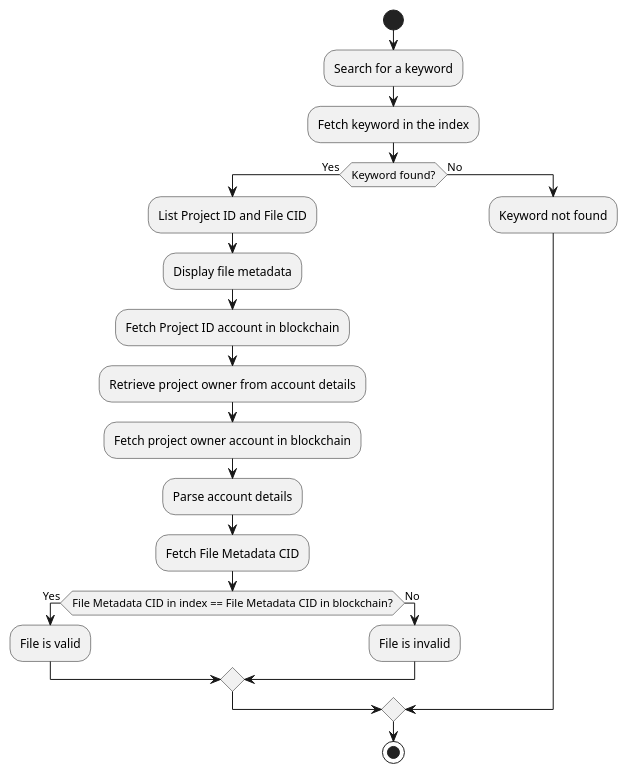
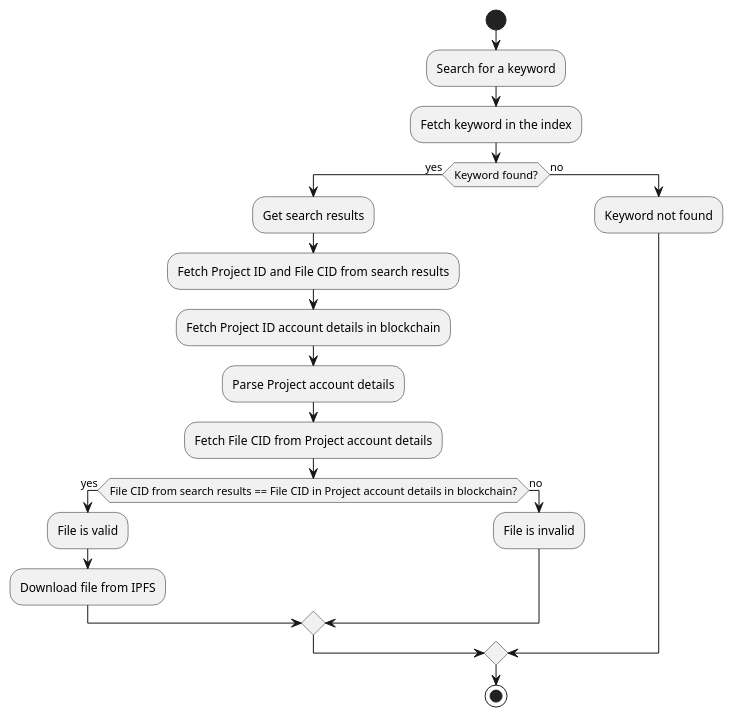
Before and after one commit to OliveiraEdu/d-OSP: the diagram in diagrams/plantUML/keyword_and_file_validation.wsd, drawn with PlantUML. The commit also changed 7 other files, not shown here.

Commit message:
1 - Latex editing 2 - PlantULM Diagrams editing 3 - Fixing iroha_helper.py get_account_details function.

```diff
--- a/diagrams/plantUML/keyword_and_file_validation.wsd
+++ b/diagrams/plantUML/keyword_and_file_validation.wsd
@@ -1,27 +1,26 @@
 @startuml
 start
 :Search for a keyword;
 :Fetch keyword in the index;
 
-if (Keyword found?) then (Yes)
-    :List Project ID and File CID;
-    :Display file metadata;
-    :Fetch Project ID account in blockchain;
-    :Retrieve project owner from account details;
-    :Fetch project owner account in blockchain;
+if (Keyword found?) then (yes)
+    :Get search results;
+    :Fetch Project ID and File CID from search results;
+    :Fetch Project ID account details in blockchain;
 
-    :Parse account details;
-    :Fetch File Metadata CID;
+    :Parse Project account details;
+    :Fetch File CID from Project account details;
     
-    if (File Metadata CID in index == File Metadata CID in blockchain?) then (Yes)
+    if (File CID from search results == File CID in Project account details in blockchain?) then (yes)
         :File is valid;
-    else (No)
+        :Download file from IPFS;
+    else (no)
         :File is invalid;
     endif
 
-else (No)
+else (no)
     :Keyword not found;
 endif
 
 stop
 @enduml
```
